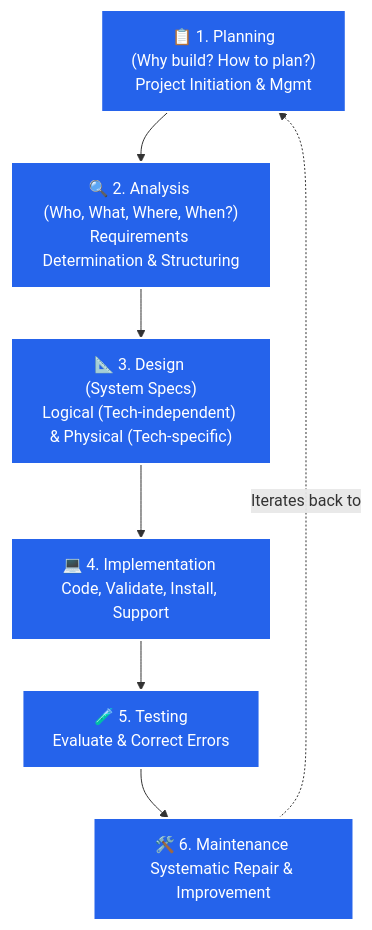
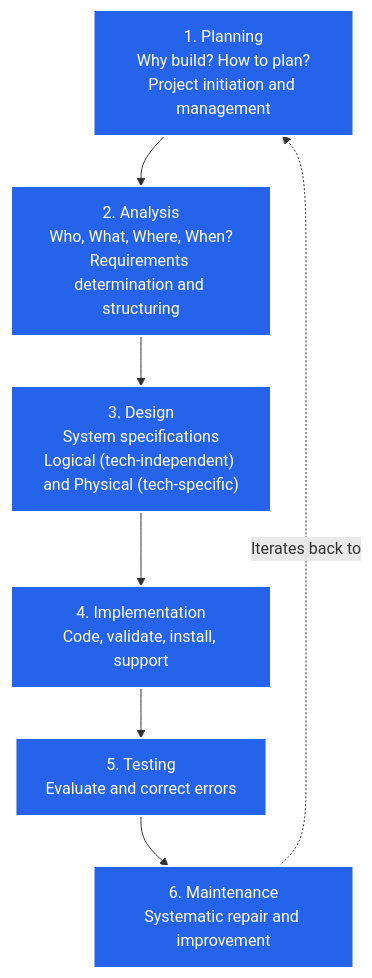
The second of 8 diagrams in Lec 1.md (Hager-ali191/SAAD), drawn with Mermaid before and after one commit. The commit also changed other lines of this file, not shown here.

````diff
--- a/Lec 1.md
+++ b/Lec 1.md
@@ -28,11 +44,14 @@
 ```mermaid
 flowchart TD
     classDef phase fill:#2563eb,stroke:#fff,stroke-width:2px,color:#fff;
-    
-    P["📋 1. Planning <br/>(Why build? How to plan?)<br/>Project Initiation & Mgmt"]:::phase --> A["🔍 2. Analysis <br/>(Who, What, Where, When?)<br/>Requirements Determination & Structuring"]:::phase
-    A --> D["📐 3. Design <br/>(System Specs)<br/>Logical (Tech-independent) & Physical (Tech-specific)"]:::phase
-    D --> I["💻 4. Implementation <br/>Code, Validate, Install, Support"]:::phase
-    I --> T["🧪 5. Testing <br/>Evaluate & Correct Errors"]:::phase
-    T --> M["🛠️ 6. Maintenance <br/>Systematic Repair & Improvement"]:::phase
+
+    P["1. Planning<br/>Why build? How to plan?<br/>Project initiation and management"]:::phase
+    A["2. Analysis<br/>Who, What, Where, When?<br/>Requirements determination and structuring"]:::phase
+    D["3. Design<br/>System specifications<br/>Logical (tech-independent) and Physical (tech-specific)"]:::phase
+    I["4. Implementation<br/>Code, validate, install, support"]:::phase
+    T["5. Testing<br/>Evaluate and correct errors"]:::phase
+    M["6. Maintenance<br/>Systematic repair and improvement"]:::phase
+
+    P --> A --> D --> I --> T --> M
     M -.->|Iterates back to| P
 ```
````
